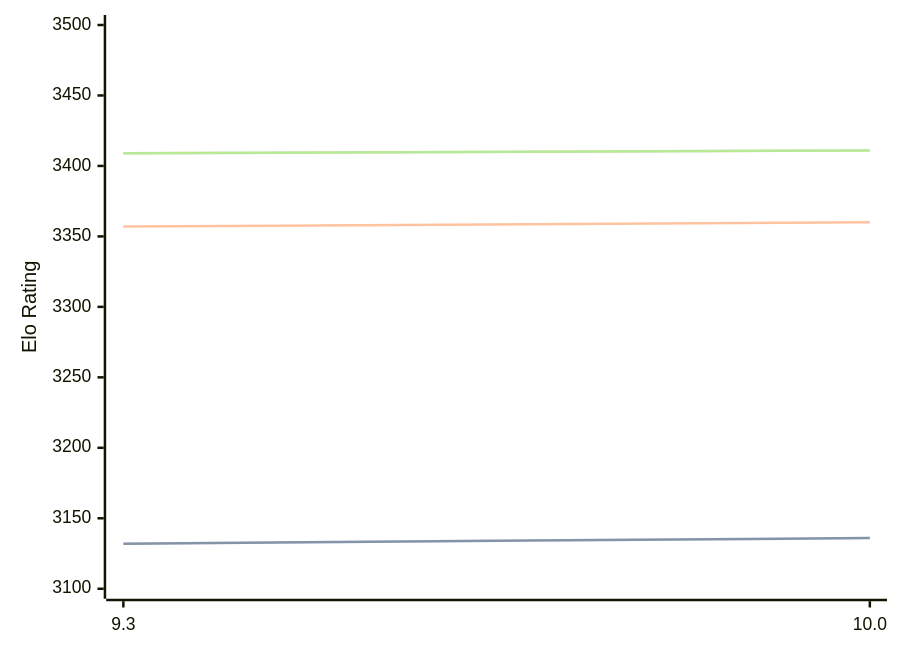
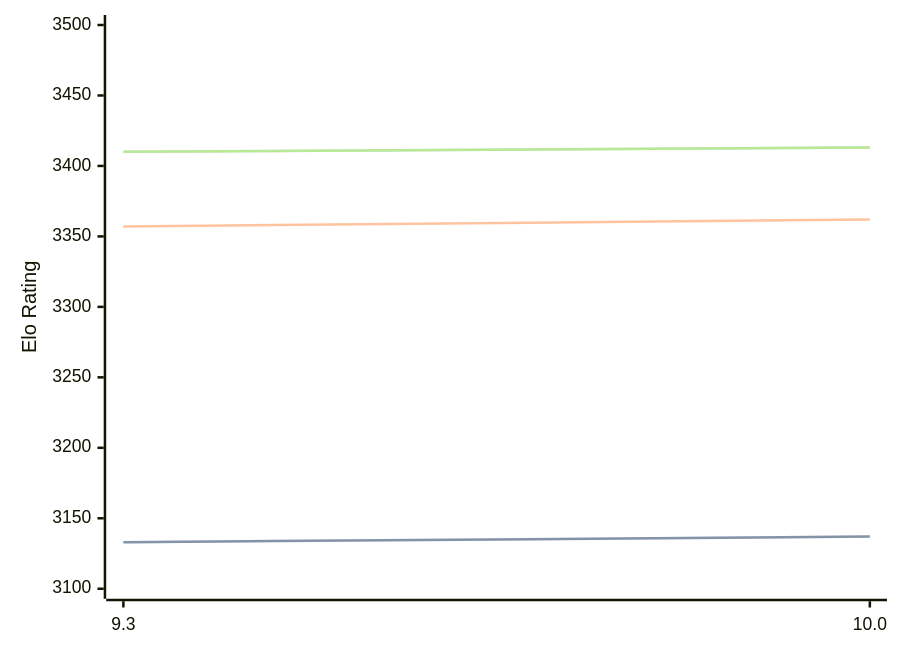
One commit to computer-chess-index/cci changed the first of 3 diagrams in engines/Fire.md. Above: the diagram before and after it, drawn with Mermaid. The commit also changed other lines of this file, not shown here.

Commit message:
Update CCI Ratings (ELO VLTC) - 2026-06-22

````diff
--- a/engines/Fire.md
+++ b/engines/Fire.md
@@ -47,11 +47,11 @@
 ```mermaid
 %%{init: {"theme":"base","themeVariables":{"seriesColors:['#a3a3a3','#222221','#faa371']}}}%%
 xychart-beta
   x-axis ["9.3", "10.0"]
   y-axis "Elo Rating" 3100 --> 3500
-  line "STC (8.0+0.08s)" [3132, 3136]
-  line "STC (8.0+0.08s)" [3132, 3136]
-  line "LTC (60.0+0.60s)" [3357, 3360]
-  line "VLTC (2m24s+1.12s)" [3409, 3411]
-  line "VLTC (2m24s+1.12s)" [3409, 3411]
+  line "STC (8.0+0.08s)" [3133, 3137]
+  line "STC (8.0+0.08s)" [3133, 3137]
+  line "LTC (60.0+0.60s)" [3357, 3362]
+  line "VLTC (2m24s+1.12s)" [3410, 3413]
+  line "VLTC (2m24s+1.12s)" [3410, 3413]
 ```
````
